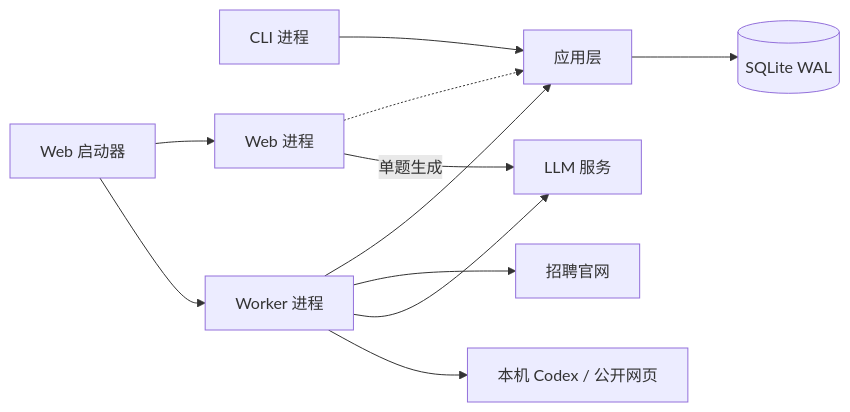
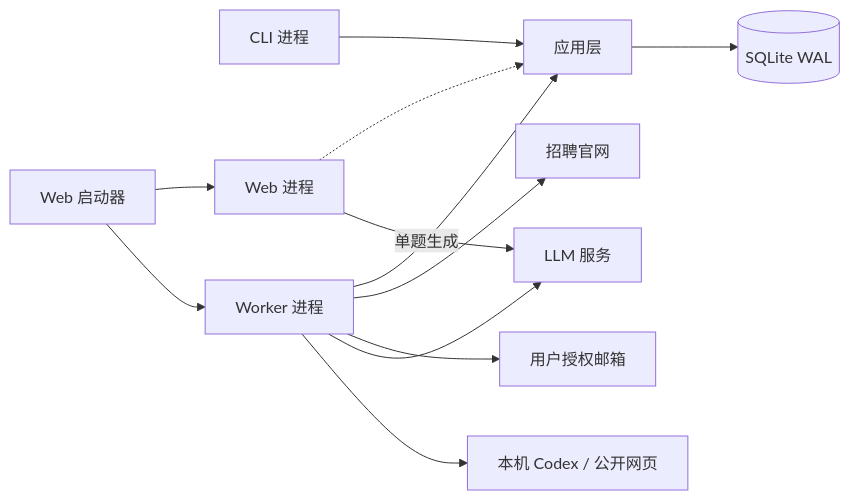
One commit to MonarchMan/JobHunter changed the third of 9 diagrams in docs/arch/overall-arch.md. Above: the diagram before and after it, drawn with Mermaid. The commit also changed other lines of this file and 74 other files, not shown here.

````diff
--- a/docs/arch/overall-arch.md
+++ b/docs/arch/overall-arch.md
@@ -339,13 +379,14 @@
 ```mermaid
 flowchart LR
     CLI["CLI 进程"] --> APP["应用层"]
     LAUNCHER["Web 启动器"] --> WEB["Web 进程"]
     LAUNCHER --> WORKER
     WEB -.-> APP
     WORKER["Worker 进程"] --> APP
     APP --> DB[("SQLite WAL")]
     WORKER --> SITE["招聘官网"]
+    WORKER --> MAILBOX["用户授权邮箱"]
     WORKER --> MODEL["LLM 服务"]
     WEB -->|单题生成| MODEL
     WORKER --> RESEARCH["本机 Codex / 公开网页"]
 ```
````
